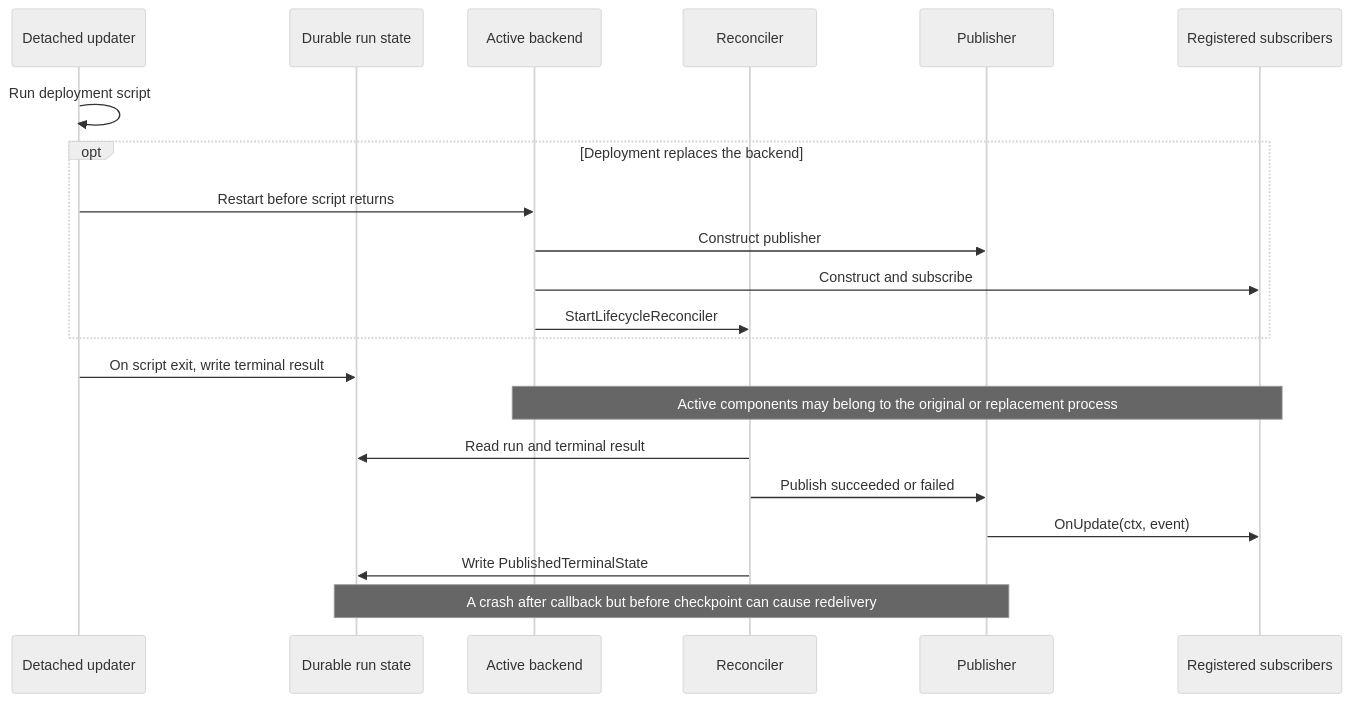
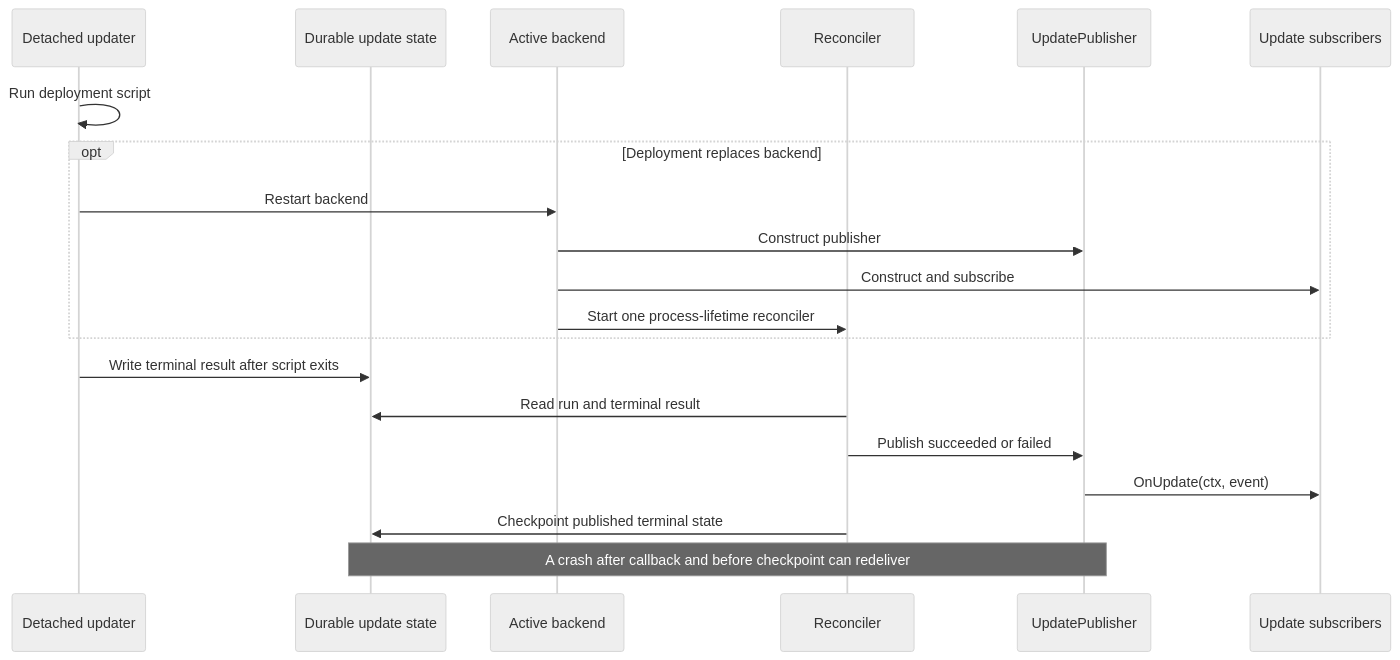
Before and after one commit to futrx-com/remote.futrx: the third of 4 diagrams in docs/dev/lifecycle-events.md, drawn with Mermaid (neutral theme). The commit also changed other lines of this file, not shown here.

Commit message:
docs(lifecycle): document publisher API and events

````diff
--- a/docs/dev/lifecycle-events.md
+++ b/docs/dev/lifecycle-events.md
@@ -160,24 +353,23 @@
 ```mermaid
 sequenceDiagram
     participant Updater as Detached updater
-    participant State as Durable run state
+    participant State as Durable update state
     participant Backend as Active backend
     participant Reconciler
-    participant Publisher
-    participant Subscriber as Registered subscribers
+    participant Publisher as UpdatePublisher
+    participant Subscriber as Update subscribers
 
     Updater->>Updater: Run deployment script
-    opt Deployment replaces the backend
-        Updater->>Backend: Restart before script returns
+    opt Deployment replaces backend
+        Updater->>Backend: Restart backend
         Backend->>Publisher: Construct publisher
         Backend->>Subscriber: Construct and subscribe
-        Backend->>Reconciler: StartLifecycleReconciler
+        Backend->>Reconciler: Start one process-lifetime reconciler
     end
-    Updater->>State: On script exit, write terminal result
-    Note over Backend,Subscriber: Active components may belong to the original or replacement process
+    Updater->>State: Write terminal result after script exits
     Reconciler->>State: Read run and terminal result
     Reconciler->>Publisher: Publish succeeded or failed
     Publisher->>Subscriber: OnUpdate(ctx, event)
-    Reconciler->>State: Write PublishedTerminalState
-    Note over Publisher,State: A crash after callback but before checkpoint can cause redelivery
+    Reconciler->>State: Checkpoint published terminal state
+    Note over Publisher,State: A crash after callback and before checkpoint can redeliver
 ```
````
